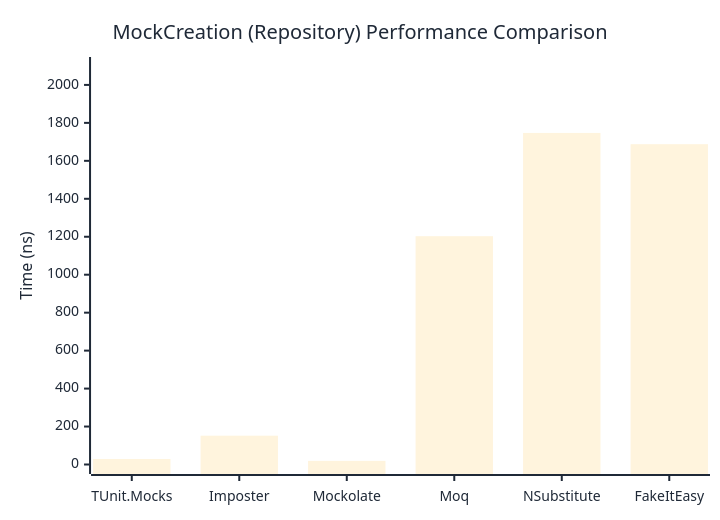
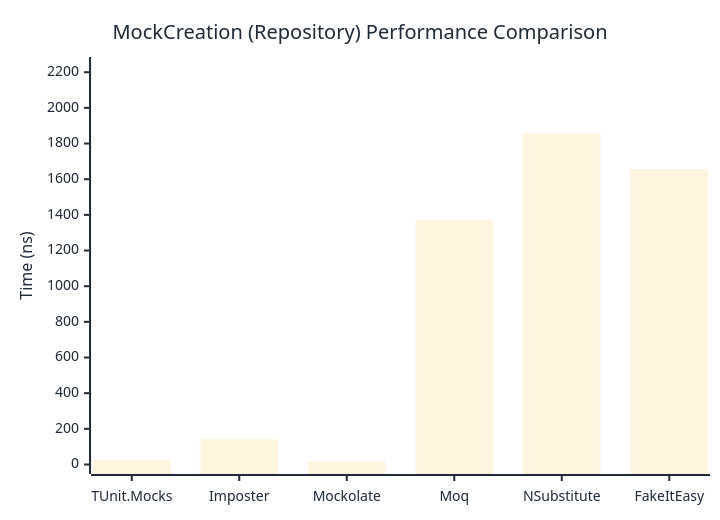
The second of 2 diagrams in docs/docs/benchmarks/mocks/MockCreation.md (thomhurst/TUnit), drawn with Mermaid before and after one commit. The commit also changed other lines of this file and 14 other files, not shown here.

````diff
--- a/docs/docs/benchmarks/mocks/MockCreation.md
+++ b/docs/docs/benchmarks/mocks/MockCreation.md
@@ -71,27 +71,27 @@
 ```mermaid
 %%{init: {
   'theme':'base',
   'themeVariables': {
     'primaryColor': '#2563eb',
     'primaryTextColor': '#1f2937',
     'primaryBorderColor': '#1e40af',
     'lineColor': '#6b7280',
     'secondaryColor': '#7c3aed',
     'tertiaryColor': '#dc2626',
     'background': '#ffffff',
     'pie1': '#2563eb',
     'pie2': '#7c3aed',
     'pie3': '#dc2626',
     'pie4': '#f59e0b',
     'pie5': '#10b981',
     'pie6': '#06b6d4',
     'pie7': '#ec4899',
     'pie8': '#6366f1'
   }
 }}%%
 xychart-beta
   title "MockCreation (Repository) Performance Comparison"
   x-axis ["TUnit.Mocks", "Imposter", "Mockolate", "Moq", "NSubstitute", "FakeItEasy"]
-  y-axis "Time (ns)" 0 --> 2097
-  bar [28.97, 151.86, 19.13, 1202.97, 1747.02, 1687.61]
+  y-axis "Time (ns)" 0 --> 2232
+  bar [26.5, 141.13, 16.9, 1373.19, 1859.87, 1656.48]
 ```
````
